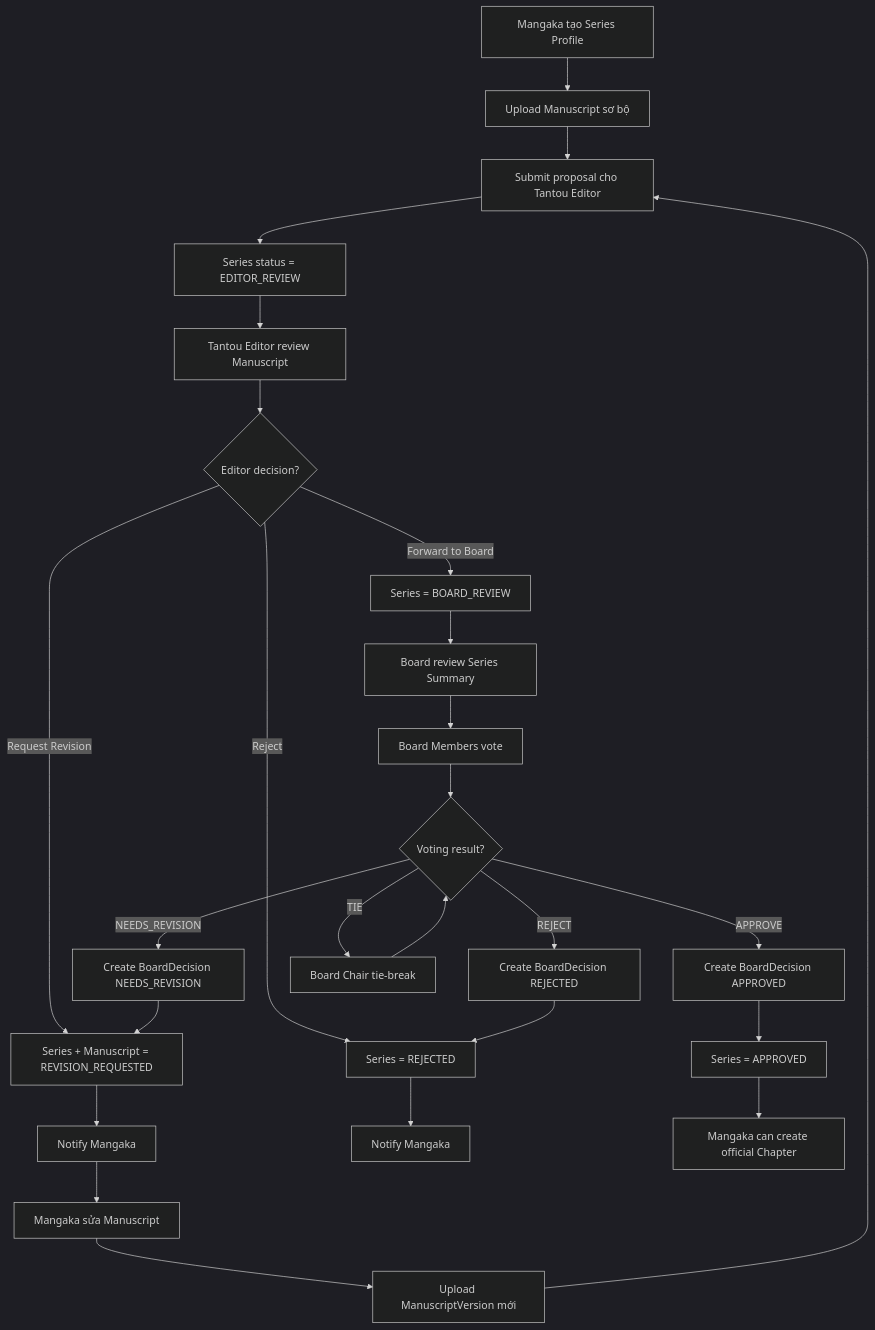
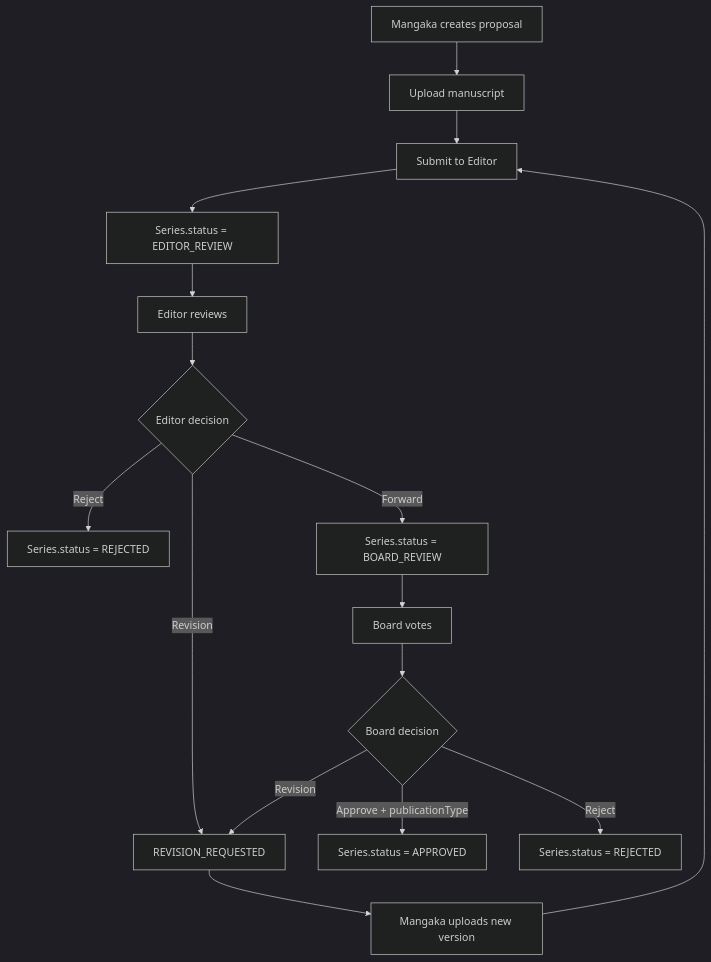
One commit to ntu254/MangaFlow changed the diagram in docs/standards/Flow-01-Series-Proposal-Approval-Spec.md. Above: the diagram before and after it, drawn with Mermaid (dark theme). The commit also changed other lines of this file and 39 other files, not shown here.

````diff
--- a/docs/standards/Flow-01-Series-Proposal-Approval-Spec.md
+++ b/docs/standards/Flow-01-Series-Proposal-Approval-Spec.md
@@ -751,36 +257,18 @@
 ```mermaid
 flowchart TD
-    A["Mangaka tạo Series Profile"] --> B["Upload Manuscript sơ bộ"]
-    B --> C["Submit proposal cho Tantou Editor"]
-    C --> D["Series status = EDITOR_REVIEW"]
-    D --> E["Tantou Editor review Manuscript"]
-
-    E --> F{"Editor decision?"}
-
-    F -->|Request Revision| G["Series + Manuscript = REVISION_REQUESTED"]
-    G --> H["Notify Mangaka"]
-    H --> I["Mangaka sửa Manuscript"]
-    I --> J["Upload ManuscriptVersion mới"]
-    J --> C
-
-    F -->|Reject| K["Series = REJECTED"]
-    K --> L["Notify Mangaka"]
-
-    F -->|Forward to Board| M["Series = BOARD_REVIEW"]
-    M --> N["Board review Series Summary"]
-    N --> O["Board Members vote"]
-    O --> P{"Voting result?"}
-
-    P -->|APPROVE| Q["Create BoardDecision APPROVED"]
-    Q --> R["Series = APPROVED"]
-    R --> S["Mangaka can create official Chapter"]
-
-    P -->|NEEDS_REVISION| T["Create BoardDecision NEEDS_REVISION"]
-    T --> G
-
-    P -->|REJECT| U["Create BoardDecision REJECTED"]
-    U --> K
-
-    P -->|TIE| V["Board Chair tie-break"]
-    V --> P
+    A["Mangaka creates proposal"] --> B["Upload manuscript"]
+    B --> C["Submit to Editor"]
+    C --> D["Series.status = EDITOR_REVIEW"]
+    D --> E["Editor reviews"]
+    E --> F{"Editor decision"}
+    F -->|Revision| G["REVISION_REQUESTED"]
+    G --> H["Mangaka uploads new version"]
+    H --> C
+    F -->|Reject| I["Series.status = REJECTED"]
+    F -->|Forward| J["Series.status = BOARD_REVIEW"]
+    J --> K["Board votes"]
+    K --> L{"Board decision"}
+    L -->|Approve + publicationType| M["Series.status = APPROVED"]
+    L -->|Reject| N["Series.status = REJECTED"]
+    L -->|Revision| G
 ```
````
